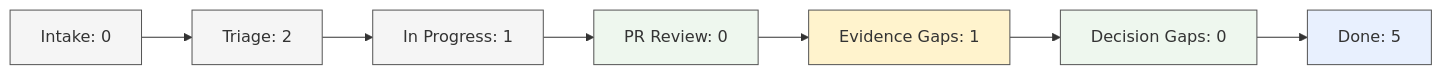
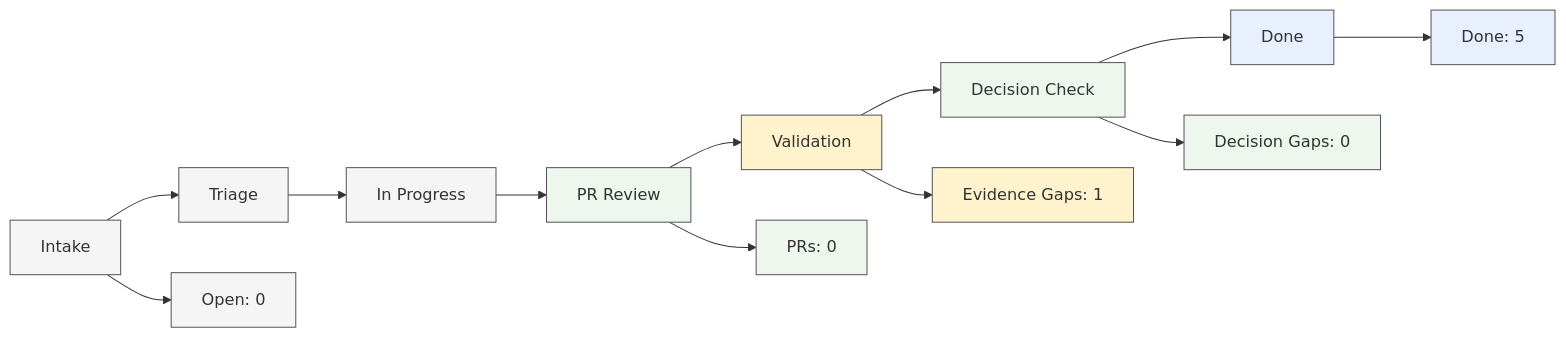
One commit to ShaileshRawat1403/ai-sdlc-control-plane changed the diagram in dashboard/index.md. Above: the diagram before and after it, drawn with Mermaid. The commit also changed other lines of this file and 4 other files, not shown here.

````diff
--- a/dashboard/index.md
+++ b/dashboard/index.md
@@ -22,22 +22,34 @@
 ```mermaid
 flowchart LR
-  A["Intake: 0"] --> B["Triage: 2"]
-  B --> C["In Progress: 1"]
-  C --> D["PR Review: 0"]
-  D --> E["Evidence Gaps: 1"]
-  E --> F["Decision Gaps: 0"]
-  F --> G["Done: 5"]
+  A[Intake] --> B[Triage]
+  B --> C[In Progress]
+  C --> D[PR Review]
+  D --> E[Validation]
+  E --> F[Decision Check]
+  F --> G[Done]
+
+  A --> A1["Open: 0"]
+  D --> D1["PRs: 0"]
+  E --> E1["Evidence Gaps: 1"]
+  F --> F1["Decision Gaps: 0"]
+  G --> G1["Done: 5"]
 
   A:::active
   B:::active
   C:::active
   D:::clear
   E:::warning
   F:::clear
   G:::done
 
+  A1:::active
+  D1:::clear
+  E1:::warning
+  F1:::clear
+  G1:::done
+
   classDef active fill:#f5f5f5,stroke:#555,stroke-width:1px;
   classDef clear fill:#eef7ee,stroke:#555,stroke-width:1px;
   classDef warning fill:#fff3cd,stroke:#555,stroke-width:1px;
   classDef done fill:#e8f0fe,stroke:#555,stroke-width:1px;
 ```
````
